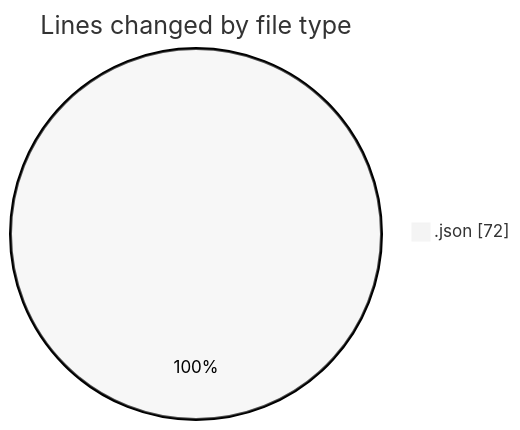
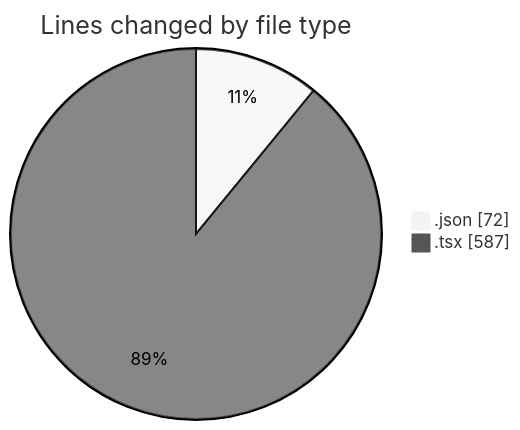
The first of 2 diagrams in 2025-07-28/cda/README.md (momahboobian/code-tracking), drawn with Mermaid (neutral theme) before and after one commit. The commit also changed other lines of this file and 1 other file, not shown here.

````diff
--- a/2025-07-28/cda/README.md
+++ b/2025-07-28/cda/README.md
@@ -20,5 +21,6 @@
 ```mermaid
 pie showData
 title Lines changed by file type
 ".json" : 72
+".tsx" : 587
 ```
````
